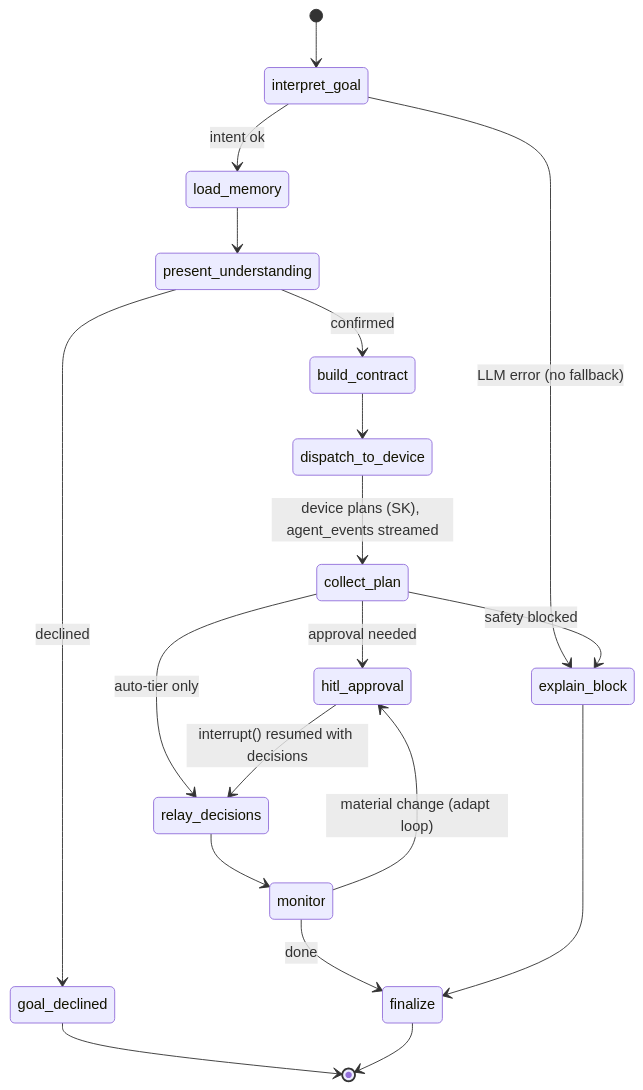
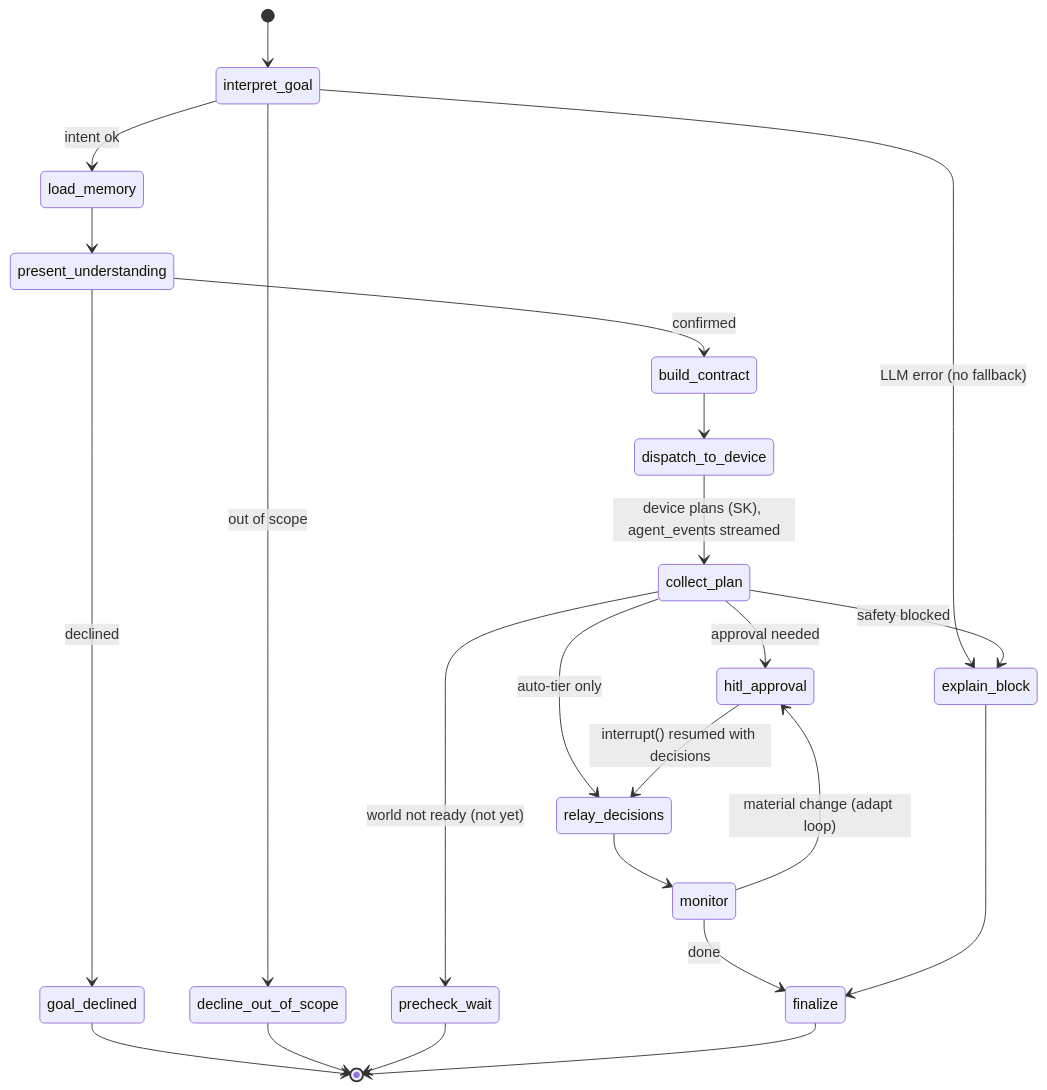
Before and after one commit to abhinavmishra-0302/goal-flow-cloud-agent: the diagram in docs/ARCHITECTURE.md, drawn with Mermaid. The commit also changed other lines of this file and 3 other files, not shown here.

````diff
--- a/docs/ARCHITECTURE.md
+++ b/docs/ARCHITECTURE.md
@@ -98,21 +104,25 @@
 ```mermaid
 stateDiagram-v2
     [*] --> interpret_goal
     interpret_goal --> load_memory : intent ok
+    interpret_goal --> decline_out_of_scope : out of scope
     interpret_goal --> explain_block : LLM error (no fallback)
     load_memory --> present_understanding
     present_understanding --> build_contract : confirmed
     present_understanding --> goal_declined : declined
     build_contract --> dispatch_to_device
     dispatch_to_device --> collect_plan : device plans (SK), agent_events streamed
     collect_plan --> hitl_approval : approval needed
     collect_plan --> explain_block : safety blocked
+    collect_plan --> precheck_wait : world not ready (not yet)
     collect_plan --> relay_decisions : auto-tier only
     hitl_approval --> relay_decisions : interrupt() resumed with decisions
     relay_decisions --> monitor
     monitor --> hitl_approval : material change (adapt loop)
     monitor --> finalize : done
     explain_block --> finalize
     goal_declined --> [*]
+    decline_out_of_scope --> [*]
+    precheck_wait --> [*]
     finalize --> [*]
 ```
````
